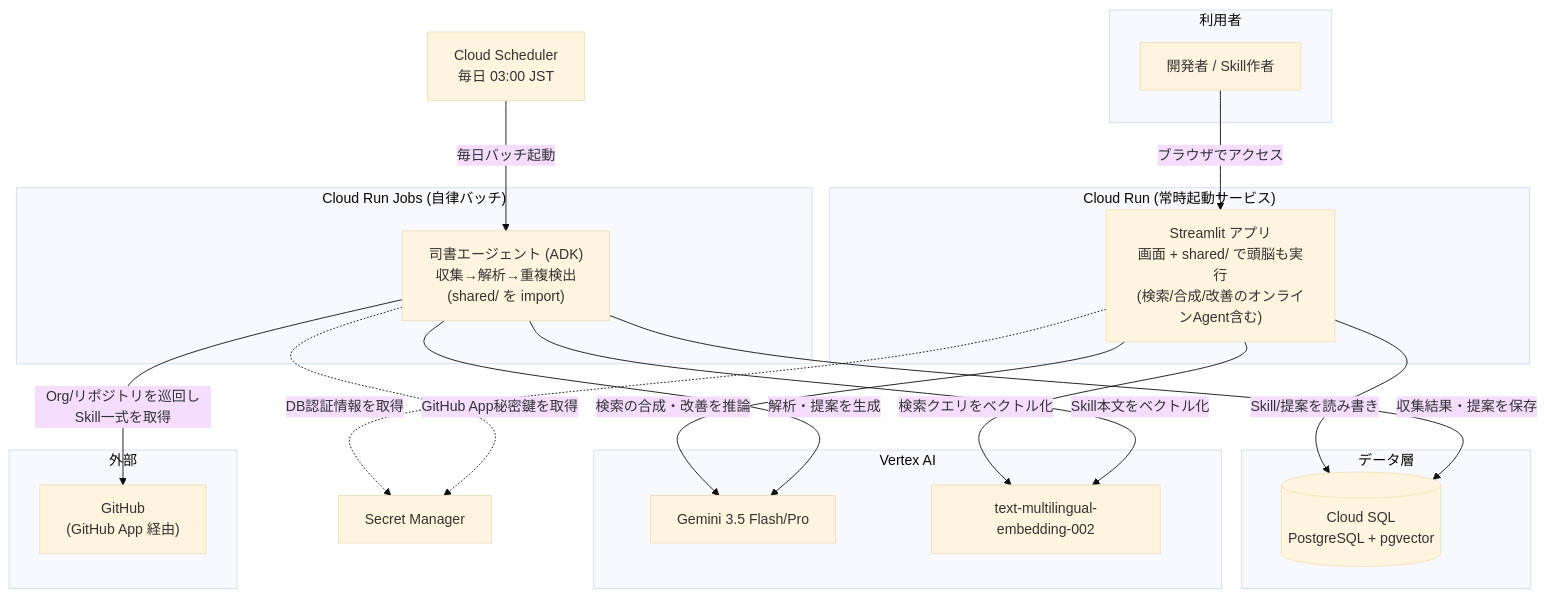
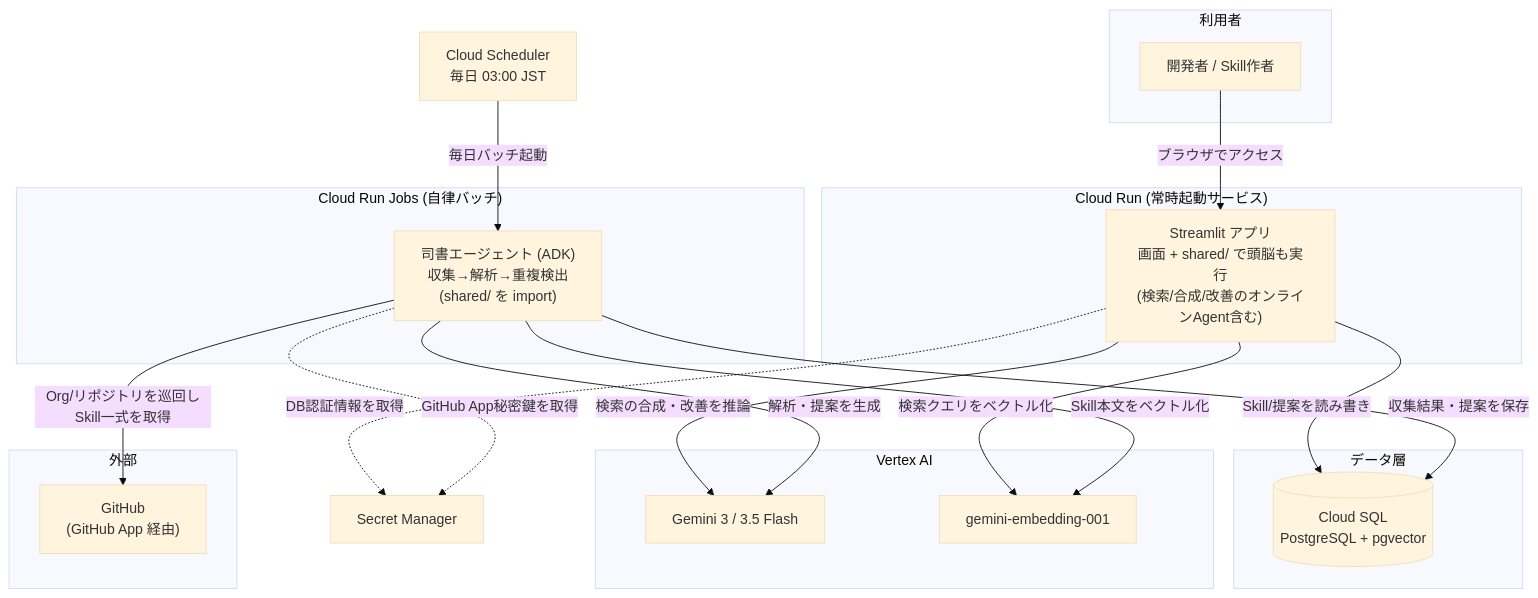
Before and after one commit to t-devops-hackathon-2026/SkillsHub: the first of 4 diagrams in docs/designs/overview/overview.md, drawn with Mermaid (base theme). The commit also changed other lines of this file and 5 other files, not shown here.

````diff
--- a/docs/designs/overview/overview.md
+++ b/docs/designs/overview/overview.md
@@ -79,45 +79,45 @@
 ```mermaid
 flowchart TB
     subgraph User["利用者"]
         Dev["開発者 / Skill作者"]
     end
 
     subgraph CR["Cloud Run (常時起動サービス)"]
         UI["Streamlit アプリ<br/>画面 + shared/ で頭脳も実行<br/>(検索/合成/改善のオンラインAgent含む)"]
     end
 
     subgraph Batch["Cloud Run Jobs (自律バッチ)"]
         Lib["司書エージェント (ADK)<br/>収集→解析→重複検出<br/>(shared/ を import)"]
     end
 
     Sched["Cloud Scheduler<br/>毎日 03:00 JST"]
 
     subgraph Data["データ層"]
         PG[("Cloud SQL<br/>PostgreSQL + pgvector")]
     end
 
     subgraph GCP_AI["Vertex AI"]
-        Gem["Gemini 3.5 Flash/Pro"]
-        Emb["text-multilingual-embedding-002"]
+        Gem["Gemini 3 / 3.5 Flash"]
+        Emb["gemini-embedding-001"]
     end
 
     subgraph Ext["外部"]
         GH["GitHub<br/>(GitHub App 経由)"]
     end
 
     SM["Secret Manager"]
 
     Dev -->|"ブラウザでアクセス"| UI
     UI -->|"Skill/提案を読み書き"| PG
     UI -->|"検索の合成・改善を推論"| Gem
     UI -->|"検索クエリをベクトル化"| Emb
 
     Sched -->|"毎日バッチ起動"| Lib
     Lib -->|"収集結果・提案を保存"| PG
     Lib -->|"Org/リポジトリを巡回しSkill一式を取得"| GH
     Lib -->|"解析・提案を生成"| Gem
     Lib -->|"Skill本文をベクトル化"| Emb
 
     UI -.->|"DB認証情報を取得"| SM
     Lib -.->|"GitHub App秘密鍵を取得"| SM
 ```
````
